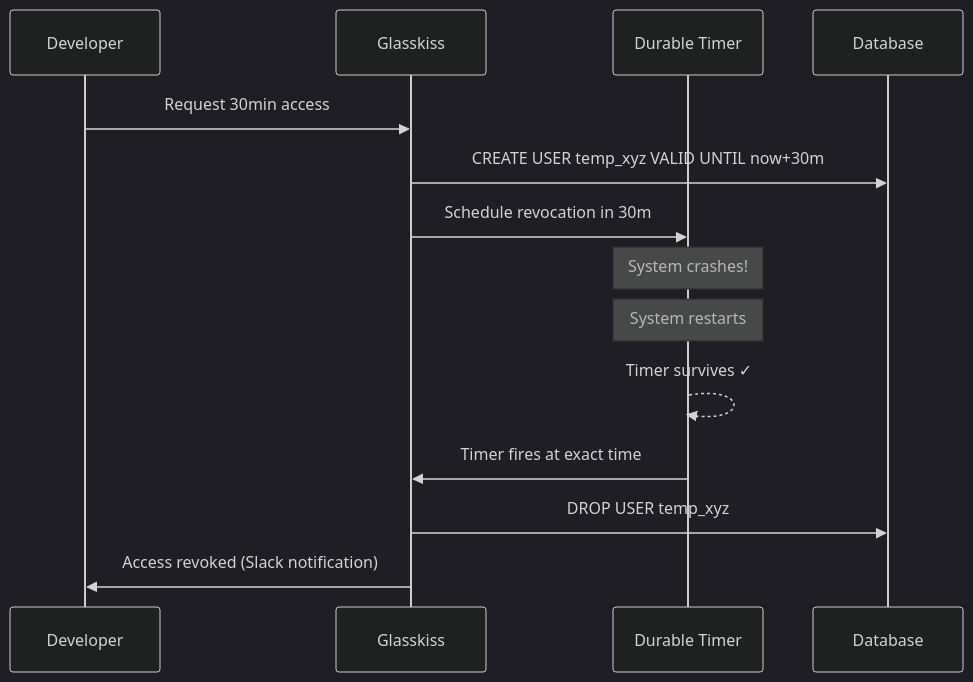
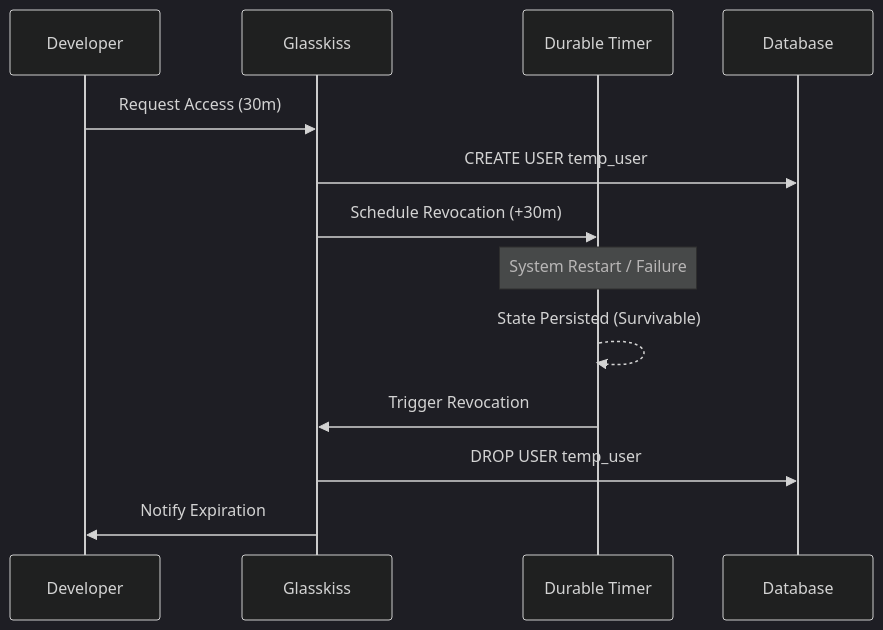
Before and after one commit to soumyacodes007/GlassKiss: the fourth of 7 diagrams in README.md, drawn with Mermaid (dark theme). The commit also changed other lines of this file, not shown here.

````diff
--- a/README.md
+++ b/README.md
@@ -259,17 +208,16 @@
 ```mermaid
 sequenceDiagram
     participant Dev as Developer
     participant GK as Glasskiss
     participant Timer as Durable Timer
     participant DB as Database
 
-    Dev->>GK: Request 30min access
-    GK->>DB: CREATE USER temp_xyz VALID UNTIL now+30m
-    GK->>Timer: Schedule revocation in 30m
-    Note over Timer: System crashes!
-    Note over Timer: System restarts
-    Timer-->>Timer: Timer survives ✓
-    Timer->>GK: Timer fires at exact time
-    GK->>DB: DROP USER temp_xyz
-    GK->>Dev: Access revoked (Slack notification)
+    Dev->>GK: Request Access (30m)
+    GK->>DB: CREATE USER temp_user
+    GK->>Timer: Schedule Revocation (+30m)
+    Note over Timer: System Restart / Failure
+    Timer-->>Timer: State Persisted (Survivable)
+    Timer->>GK: Trigger Revocation
+    GK->>DB: DROP USER temp_user
+    GK->>Dev: Notify Expiration
 ```
````
